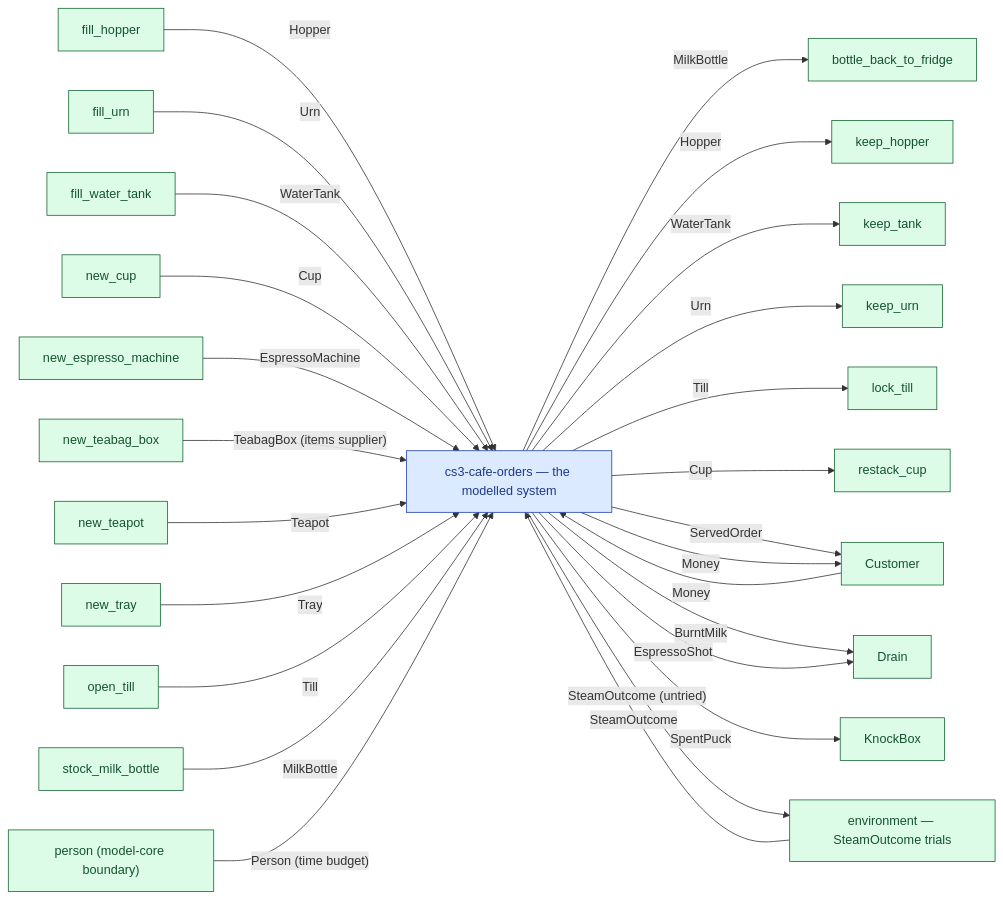
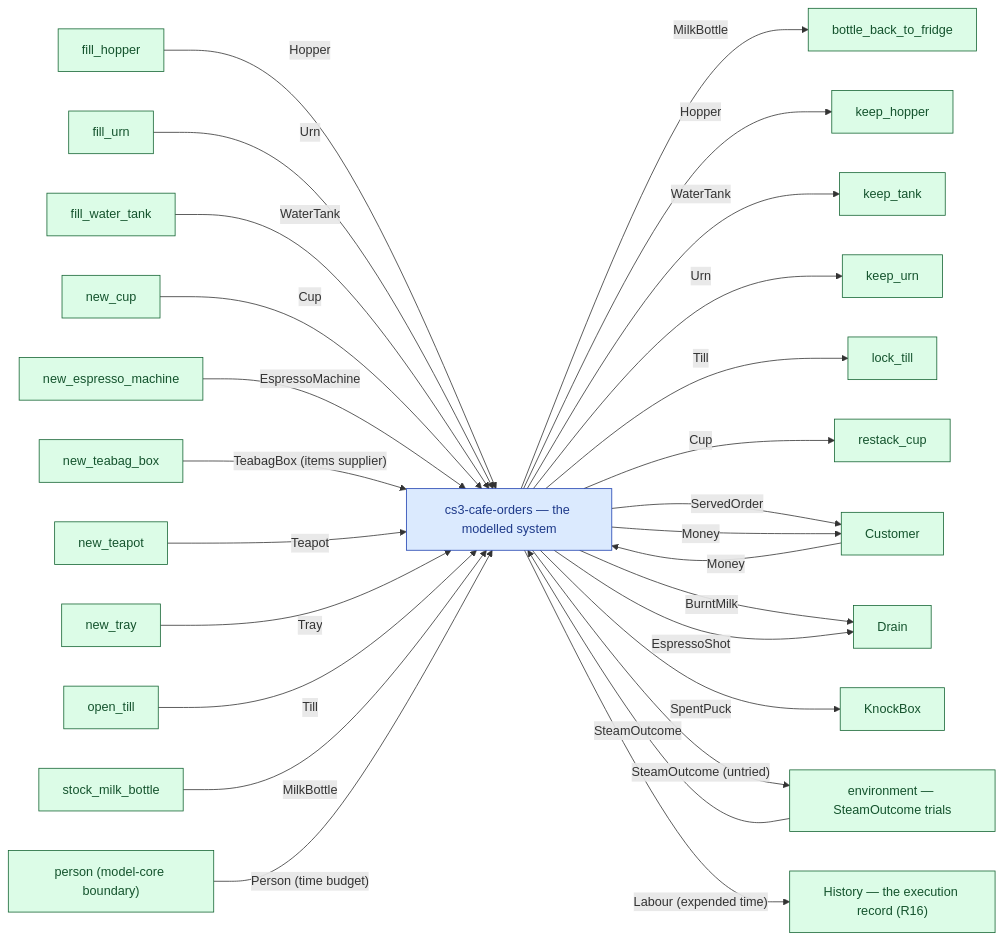
Before and after one commit to twalmsley/lavoisier: the diagram in docs/diagrams/cs3-cafe-orders/context.md, drawn with Mermaid. The commit also changed other lines of this file and 202 other files, not shown here.

````diff
--- a/docs/diagrams/cs3-cafe-orders/context.md
+++ b/docs/diagrams/cs3-cafe-orders/context.md
@@ -7,80 +7,82 @@
 ```mermaid
 flowchart LR
   classDef process fill:#dbeafe,stroke:#1e40af,color:#1e3a8a;
   classDef boundary fill:#dcfce7,stroke:#166534,color:#14532d;
   classDef sink fill:#fee2e2,stroke:#991b1b,color:#7f1d1d;
   classDef helper fill:#f3e8ff,stroke:#6b21a8,color:#581c87;
   classDef grouping fill:#ffedd5,stroke:#9a3412,color:#7c2d12;
   classDef flowio fill:#e2e8f0,stroke:#334155,color:#0f172a;
   classDef resource fill:#fef9c3,stroke:#854d0e,color:#713f12;
   classDef external fill:#dcfce7,stroke:#166534,color:#14532d;
   classDef system fill:#dbeafe,stroke:#1e40af,color:#1e3a8a;
   n_system["cs3-cafe-orders — the modelled system"]:::system
   n_exit_bottle_back_to_fridge["bottle_back_to_fridge"]:::external
   n_fill_hopper["fill_hopper"]:::external
   n_fill_urn["fill_urn"]:::external
   n_fill_water_tank["fill_water_tank"]:::external
   n_exit_keep_hopper["keep_hopper"]:::external
   n_exit_keep_tank["keep_tank"]:::external
   n_exit_keep_urn["keep_urn"]:::external
   n_exit_lock_till["lock_till"]:::external
   n_new_cup["new_cup"]:::external
   n_new_espresso_machine["new_espresso_machine"]:::external
   n_new_teabag_box["new_teabag_box"]:::external
   n_new_teapot["new_teapot"]:::external
   n_new_tray["new_tray"]:::external
   n_open_till["open_till"]:::external
   n_exit_restack_cup["restack_cup"]:::external
   n_stock_milk_bottle["stock_milk_bottle"]:::external
   n_Customer["Customer"]:::external
   n_Drain["Drain"]:::external
   n_KnockBox["KnockBox"]:::external
   n_env_SteamOutcome["environment — SteamOutcome trials"]:::external
   n_person["person (model-core boundary)"]:::external
+  n_history["History — the execution record (R16)"]:::external
   n_system -- "MilkBottle" --> n_exit_bottle_back_to_fridge
   n_fill_hopper -- "Hopper" --> n_system
   n_fill_urn -- "Urn" --> n_system
   n_fill_water_tank -- "WaterTank" --> n_system
   n_system -- "Hopper" --> n_exit_keep_hopper
   n_system -- "WaterTank" --> n_exit_keep_tank
   n_system -- "Urn" --> n_exit_keep_urn
   n_system -- "Till" --> n_exit_lock_till
   n_new_cup -- "Cup" --> n_system
   n_new_espresso_machine -- "EspressoMachine" --> n_system
   n_new_teabag_box -- "TeabagBox (items supplier)" --> n_system
   n_new_teapot -- "Teapot" --> n_system
   n_new_tray -- "Tray" --> n_system
   n_open_till -- "Till" --> n_system
   n_system -- "Cup" --> n_exit_restack_cup
   n_stock_milk_bottle -- "MilkBottle" --> n_system
   n_Customer -- "Money" --> n_system
   n_system -- "ServedOrder" --> n_Customer
   n_system -- "Money" --> n_Customer
   n_system -- "BurntMilk" --> n_Drain
   n_system -- "EspressoShot" --> n_Drain
   n_system -- "SpentPuck" --> n_KnockBox
   n_env_SteamOutcome -- "SteamOutcome" --> n_system
   n_system -- "SteamOutcome (untried)" --> n_env_SteamOutcome
   n_person -- "Person (time budget)" --> n_system
+  n_system -- "Labour (expended time)" --> n_history
   click n_system "https://github.com/twalmsley/lavoisier/blob/main/model/cs3-cafe-orders/src/lib.rs#L1" "model/cs3-cafe-orders/src/lib.rs"
   click n_exit_bottle_back_to_fridge "https://github.com/twalmsley/lavoisier/blob/main/model/cs3-cafe-orders/src/resources.rs#L698" "model/cs3-cafe-orders/src/resources.rs"
   click n_fill_hopper "https://github.com/twalmsley/lavoisier/blob/main/model/cs3-cafe-orders/src/resources.rs#L706" "model/cs3-cafe-orders/src/resources.rs"
   click n_fill_urn "https://github.com/twalmsley/lavoisier/blob/main/model/cs3-cafe-orders/src/resources.rs#L735" "model/cs3-cafe-orders/src/resources.rs"
   click n_fill_water_tank "https://github.com/twalmsley/lavoisier/blob/main/model/cs3-cafe-orders/src/resources.rs#L721" "model/cs3-cafe-orders/src/resources.rs"
   click n_exit_keep_hopper "https://github.com/twalmsley/lavoisier/blob/main/model/cs3-cafe-orders/src/resources.rs#L713" "model/cs3-cafe-orders/src/resources.rs"
   click n_exit_keep_tank "https://github.com/twalmsley/lavoisier/blob/main/model/cs3-cafe-orders/src/resources.rs#L728" "model/cs3-cafe-orders/src/resources.rs"
   click n_exit_keep_urn "https://github.com/twalmsley/lavoisier/blob/main/model/cs3-cafe-orders/src/resources.rs#L742" "model/cs3-cafe-orders/src/resources.rs"
   click n_exit_lock_till "https://github.com/twalmsley/lavoisier/blob/main/model/cs3-cafe-orders/src/resources.rs#L823" "model/cs3-cafe-orders/src/resources.rs"
   click n_new_cup "https://github.com/twalmsley/lavoisier/blob/main/model/cs3-cafe-orders/src/resources.rs#L782" "model/cs3-cafe-orders/src/resources.rs"
   click n_new_espresso_machine "https://github.com/twalmsley/lavoisier/blob/main/model/cs3-cafe-orders/src/resources.rs#L681" "model/cs3-cafe-orders/src/resources.rs"
   click n_new_teabag_box "https://github.com/twalmsley/lavoisier/blob/main/model/cs3-cafe-orders/src/resources.rs#L750" "model/cs3-cafe-orders/src/resources.rs"
   click n_new_teapot "https://github.com/twalmsley/lavoisier/blob/main/model/cs3-cafe-orders/src/resources.rs#L800" "model/cs3-cafe-orders/src/resources.rs"
   click n_new_tray "https://github.com/twalmsley/lavoisier/blob/main/model/cs3-cafe-orders/src/resources.rs#L807" "model/cs3-cafe-orders/src/resources.rs"
   click n_open_till "https://github.com/twalmsley/lavoisier/blob/main/model/cs3-cafe-orders/src/resources.rs#L815" "model/cs3-cafe-orders/src/resources.rs"
   click n_exit_restack_cup "https://github.com/twalmsley/lavoisier/blob/main/model/cs3-cafe-orders/src/resources.rs#L791" "model/cs3-cafe-orders/src/resources.rs"
   click n_stock_milk_bottle "https://github.com/twalmsley/lavoisier/blob/main/model/cs3-cafe-orders/src/resources.rs#L689" "model/cs3-cafe-orders/src/resources.rs"
   click n_Customer "https://github.com/twalmsley/lavoisier/blob/main/model/cs3-cafe-orders/src/resources.rs#L572" "model/cs3-cafe-orders/src/resources.rs"
   click n_Drain "https://github.com/twalmsley/lavoisier/blob/main/model/cs3-cafe-orders/src/resources.rs#L616" "model/cs3-cafe-orders/src/resources.rs"
   click n_KnockBox "https://github.com/twalmsley/lavoisier/blob/main/model/cs3-cafe-orders/src/resources.rs#L650" "model/cs3-cafe-orders/src/resources.rs"
   click n_env_SteamOutcome "https://github.com/twalmsley/lavoisier/blob/main/model/cs3-cafe-orders/src/resources.rs#L510" "model/cs3-cafe-orders/src/resources.rs"
 ```
````
